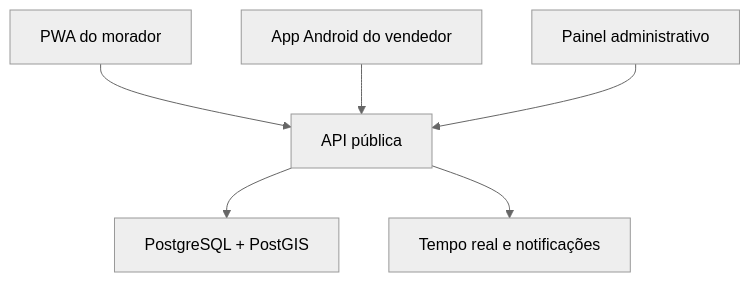
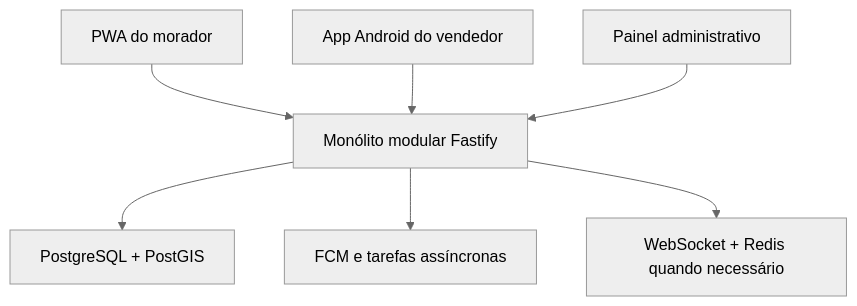
One commit to projetoever/ta-passando-app changed the diagram in docs/ARCHITECTURE.md. Above: the diagram before and after it, drawn with Mermaid (neutral theme). The commit also changed other lines of this file and 58 other files, not shown here.

````diff
--- a/docs/ARCHITECTURE.md
+++ b/docs/ARCHITECTURE.md
@@ -14,8 +14,9 @@
 ```mermaid
 flowchart TD
-    C["PWA do morador"] --> API["API pública"]
+    C["PWA do morador"] --> API["Monólito modular Fastify"]
     V["App Android do vendedor"] --> API
     A["Painel administrativo"] --> API
     API --> DB["PostgreSQL + PostGIS"]
-    API --> RT["Tempo real e notificações"]
+    API --> ASYNC["FCM e tarefas assíncronas"]
+    API --> RT["WebSocket + Redis quando necessário"]
 ```
````
